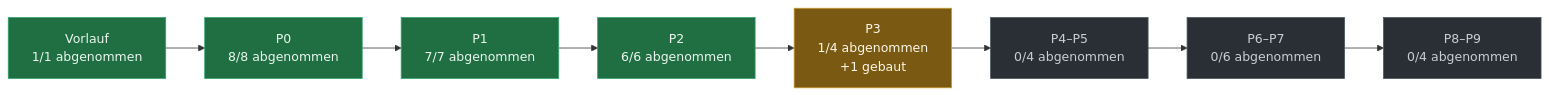
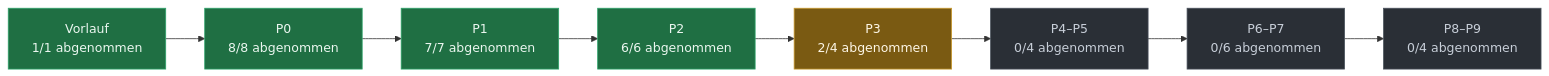
Before and after one commit to evenacadia-tech/Nakama: the diagram in docs/PLAN-STAND.md, drawn with Mermaid. The commit also changed other lines of this file and 3 other files, not shown here.

````diff
--- a/docs/PLAN-STAND.md
+++ b/docs/PLAN-STAND.md
@@ -35,21 +38,21 @@
 ```mermaid
 flowchart LR
   P0["Vorlauf<br/>1/1 abgenommen"]:::fertig
   P1["P0<br/>8/8 abgenommen"]:::fertig
   P0 --> P1
   P2["P1<br/>7/7 abgenommen"]:::fertig
   P1 --> P2
   P3["P2<br/>6/6 abgenommen"]:::fertig
   P2 --> P3
-  P4["P3<br/>1/4 abgenommen<br/>+1 gebaut"]:::laeuft
+  P4["P3<br/>2/4 abgenommen"]:::laeuft
   P3 --> P4
   P5["P4–P5<br/>0/4 abgenommen"]:::offen
   P4 --> P5
   P6["P6–P7<br/>0/6 abgenommen"]:::offen
   P5 --> P6
   P7["P8–P9<br/>0/4 abgenommen"]:::offen
   P6 --> P7
   classDef fertig fill:#1f6f43,stroke:#2ea36a,color:#eaf6ef
   classDef laeuft fill:#7a5a12,stroke:#c99a2e,color:#fdf6e6
   classDef offen  fill:#2a2f36,stroke:#4a525c,color:#c7ced8
 ```
````
